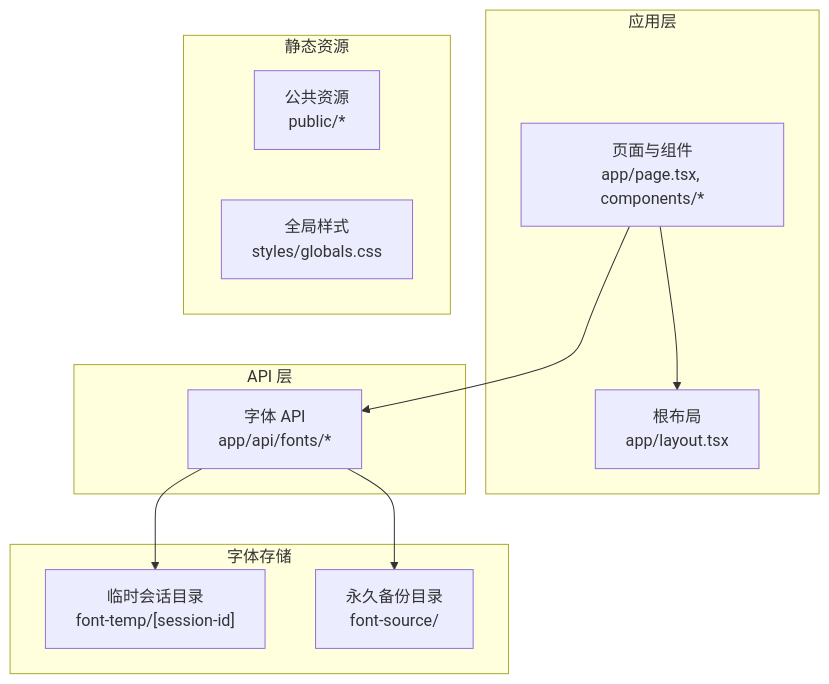
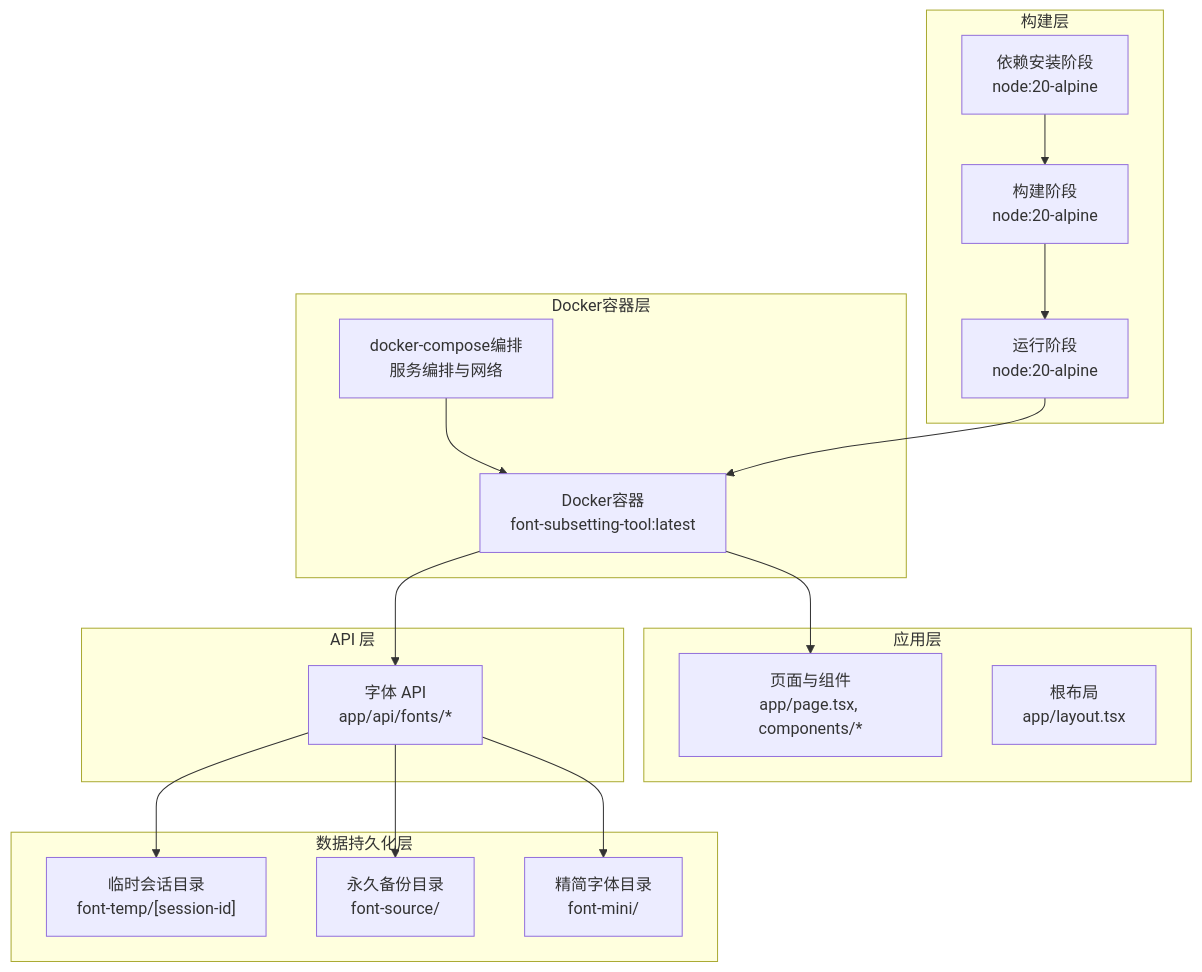
The first of 5 diagrams in .qoder/repowiki/zh/content/部署运维/部署配置.md (tutusiji/FontMinify), drawn with Mermaid before and after one commit. The commit also changed other lines of this file and 12 other files, not shown here.

````diff
--- a/.qoder/repowiki/zh/content/部署运维/部署配置.md
+++ b/.qoder/repowiki/zh/content/部署运维/部署配置.md
@@ -34,22 +57,31 @@
 ```mermaid
 graph TB
+subgraph "Docker容器层"
+Container["Docker容器<br/>font-subsetting-tool:latest"]
+Compose["docker-compose编排<br/>服务编排与网络"]
+end
 subgraph "应用层"
 UI["页面与组件<br/>app/page.tsx, components/*"]
 Layout["根布局<br/>app/layout.tsx"]
 end
 subgraph "API 层"
 FontsAPI["字体 API<br/>app/api/fonts/*"]
 end
-subgraph "静态资源"
-Public["公共资源<br/>public/*"]
-Styles["全局样式<br/>styles/globals.css"]
-end
-subgraph "字体存储"
+subgraph "数据持久化层"
 Temp["临时会话目录<br/>font-temp/[session-id]"]
 Source["永久备份目录<br/>font-source/"]
+Mini["精简字体目录<br/>font-mini/"]
 end
-UI --> Layout
-UI --> FontsAPI
+subgraph "构建层"
+Deps["依赖安装阶段<br/>node:20-alpine"]
+Builder["构建阶段<br/>node:20-alpine"]
+Runner["运行阶段<br/>node:20-alpine"]
+end
+Container --> UI
+Container --> FontsAPI
 FontsAPI --> Temp
 FontsAPI --> Source
+FontsAPI --> Mini
+Compose --> Container
+Deps --> Builder --> Runner --> Container
 ```
````
